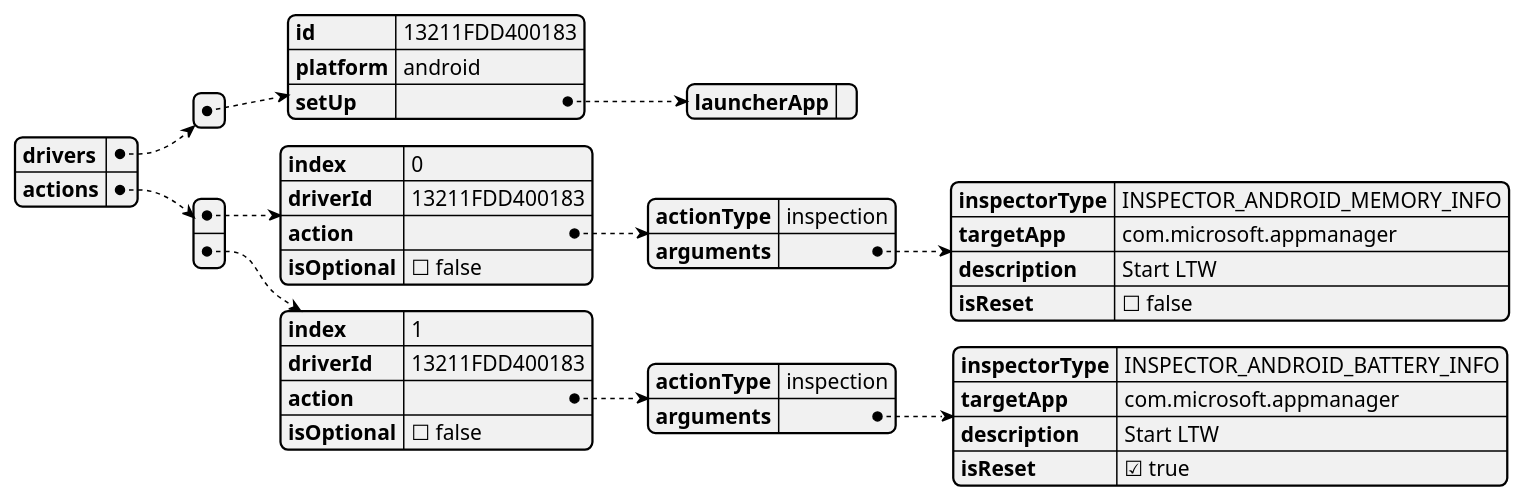
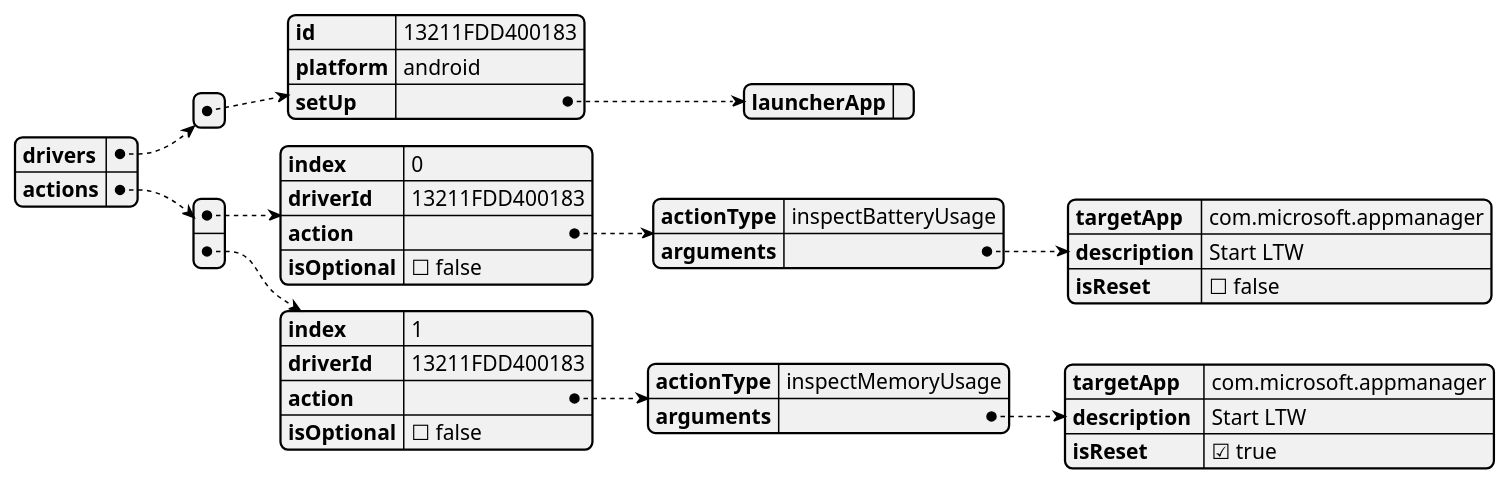
Before and after one commit to microsoft/HydraLab: the second of 4 diagrams in agent/doc/UML/performance_test_design.puml, drawn with PlantUML.

```diff
--- a/agent/doc/UML/performance_test_design.puml
+++ b/agent/doc/UML/performance_test_design.puml
@@ -19,46 +19,44 @@
 @startjson taps_to_cases_json_with_performance_test_actions
 {
   "drivers": [
     {
       "id": "13211FDD400183",
       "platform": "android",
 '      Deprecated Name : init
       "setUp": {
         "launcherApp": ""
       }
 '      Can also add tearDown here to match the device action design
     }
   ],
 '  deprecated name: cases
   "actions": [
     {
       "index": 0,
       "driverId": "13211FDD400183",
       "action": {
-        "actionType": "inspection",
+        "actionType": "inspectBatteryUsage",
         "arguments": {
-          "inspectorType": "INSPECTOR_ANDROID_MEMORY_INFO",
           "targetApp": "com.microsoft.appmanager",
           "description": "Start LTW",
           "isReset": false
         }
       },
       "isOptional": false
     },
     {
       "index": 1,
       "driverId": "13211FDD400183",
       "action": {
-        "actionType": "inspection",
+        "actionType": "inspectMemoryUsage",
         "arguments": {
-          "inspectorType": "INSPECTOR_ANDROID_BATTERY_INFO",
           "targetApp ": "com.microsoft.appmanager",
           "description ": "Start LTW",
           "isReset": true
         }
       },
       "isOptional": false
     }
   ]
 }
 @endjson
```
